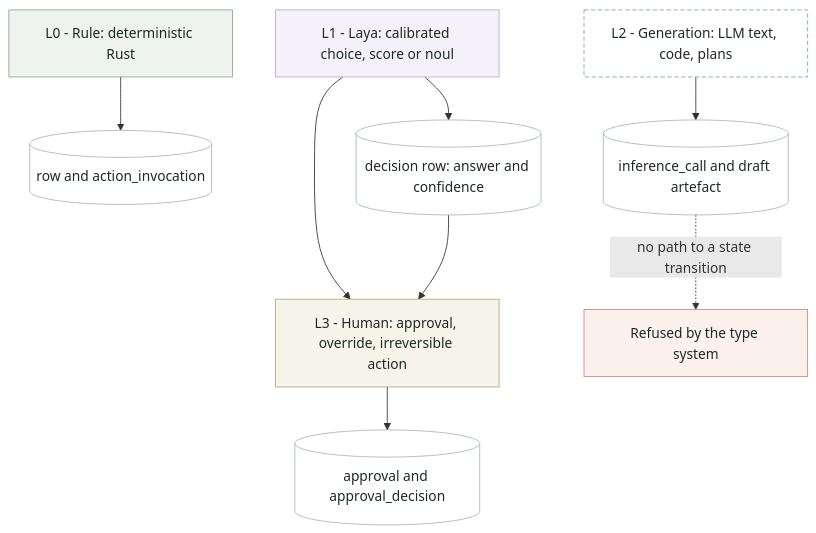
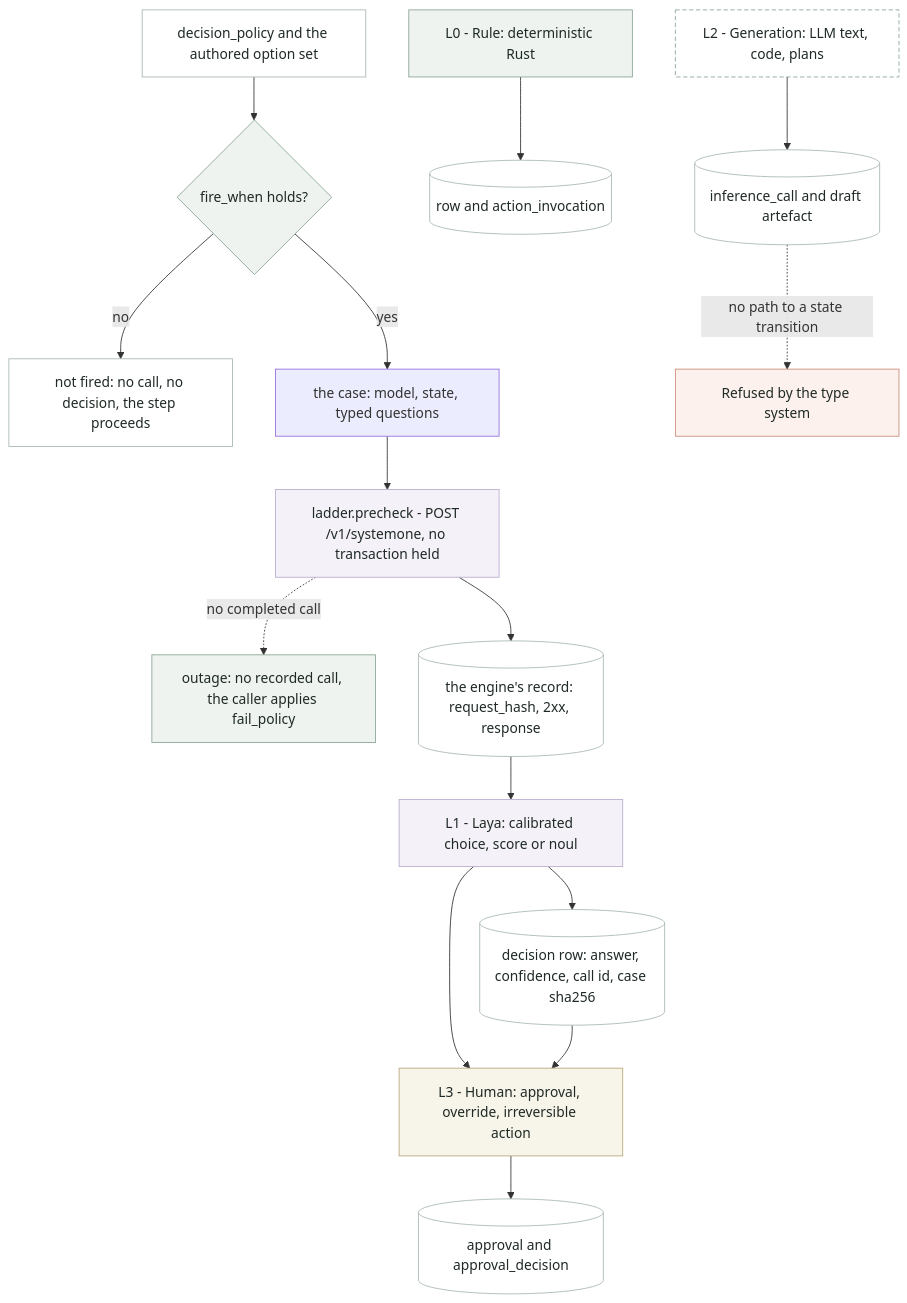
The diagram in docs/design/architecture/diagrams/decision-ladder.mmd (nonagenticai/conveyor), drawn with Mermaid before and after one commit. The commit also changed 635 other files, not shown here.

First line of the commit message:
S21 step 10 — the L1 laya gate makes its own call (#656) (#674)

```diff
--- a/docs/design/architecture/diagrams/decision-ladder.mmd
+++ b/docs/design/architecture/diagrams/decision-ladder.mmd
@@ -1,22 +1,36 @@
 flowchart TD
   L0["L0 - Rule: deterministic Rust"]:::rule
+  P["decision_policy and the authored option set"]:::row
+  F{"fire_when holds?"}:::rule
+  S["not fired: no call, no decision, the step proceeds"]:::row
+  C["the case: model, state, typed questions"]
+  K["ladder.precheck - POST /v1/systemone, no transaction held"]:::laya
+  U["outage: no recorded call, the caller applies fail_policy"]:::rule
+  V[("the engine's record: request_hash, 2xx, response")]:::row
   L1["L1 - Laya: calibrated choice, score or noul"]:::laya
   L2["L2 - Generation: LLM text, code, plans"]:::gen
   L3["L3 - Human: approval, override, irreversible action"]:::human
   R0[("row and action_invocation")]:::row
-  R1[("decision row: answer and confidence")]:::row
+  R1[("decision row: answer, confidence, call id, case sha256")]:::row
   R2[("inference_call and draft artefact")]:::row
   R3[("approval and approval_decision")]:::row
   L0 --> R0
+  P --> F
+  F -->|no| S
+  F -->|yes| C
+  C --> K
+  K -.->|no completed call| U
+  K --> V
+  V --> L1
   L1 --> R1
   L2 --> R2
   L3 --> R3
   R2 -. no path to a state transition .-> X["Refused by the type system"]:::refused
   L1 --> L3
   R1 --> L3
   classDef rule fill:#eef3ef,stroke:#8aa596,color:#1f2a24
   classDef laya fill:#f4f1f8,stroke:#b9acce,color:#1f2a24
   classDef gen fill:#ffffff,stroke:#8aa596,stroke-dasharray:5 3,color:#1f2a24
   classDef human fill:#f7f4ea,stroke:#b9a77a,color:#1f2a24
   classDef row fill:#ffffff,stroke:#a9b8b0,color:#1f2a24
   classDef refused fill:#fdf1ee,stroke:#c98b7b,color:#1f2a24
```
